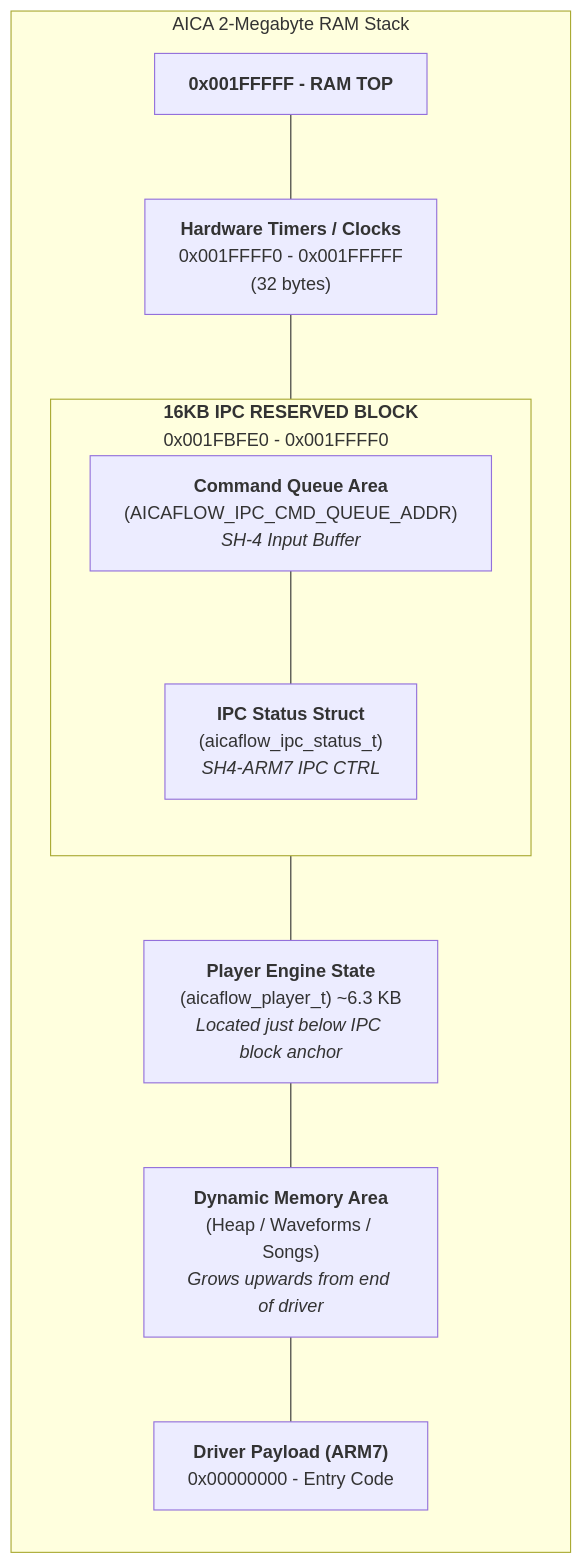
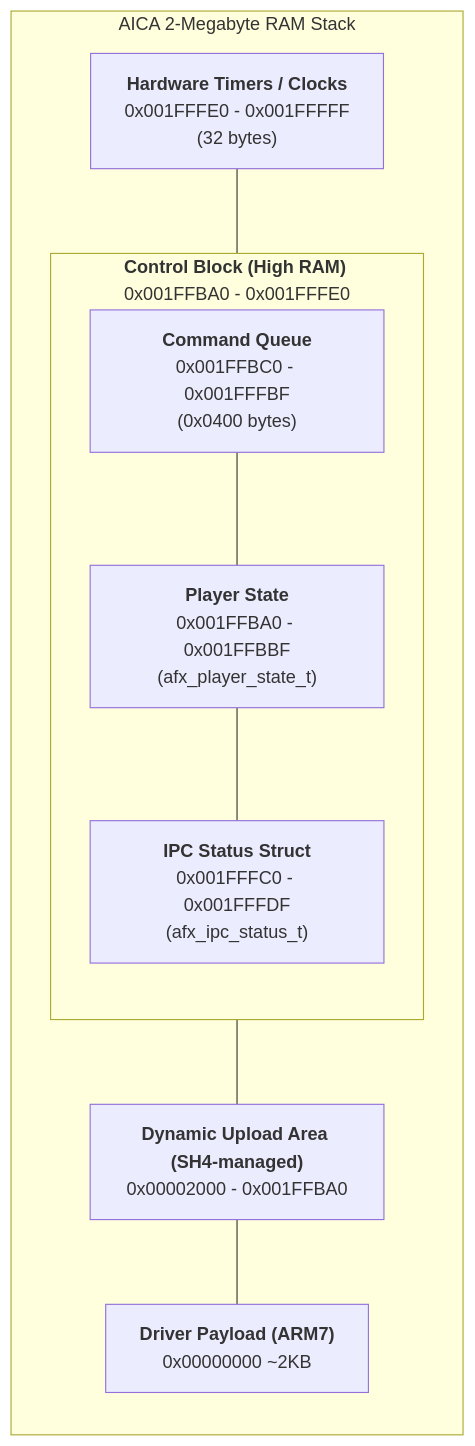
The diagram in README.md (dfchil/aicaflow), drawn with Mermaid before and after one commit. The commit also changed other lines of this file and 8 other files, not shown here.

First line of the commit message:
AICA v2: add family patch workflow + IPC path, and standardize flow-command naming

````diff
--- a/README.md
+++ b/README.md
@@ -113,24 +150,23 @@
 ```mermaid
 graph TD
     subgraph AICA_RAM ["AICA 2-Megabyte RAM Stack"]
         direction TB
 
-        TOP["<b>0x001FFFFF - RAM TOP</b>"] --- CLOCKS
-        CLOCKS["<b>Hardware Timers / Clocks</b><br/>0x001FFFF0 - 0x001FFFFF<br/>(32 bytes)"]
+        CLOCKS["<b>Hardware Timers / Clocks</b><br/>0x001FFFE0 - 0x001FFFFF<br/>(32 bytes)"]
 
-        subgraph IPC_BLOCK ["<b>16KB IPC RESERVED BLOCK</b><br/>0x001FBFE0 - 0x001FFFF0"]
+        subgraph IPC_BLOCK ["<b>Control Block (High RAM)</b><br/>0x001FFBA0 - 0x001FFFE0"]
             direction TB
-            QUEUE["<b>Command Queue Area</b><br/>(AICAFLOW_IPC_CMD_QUEUE_ADDR)<br/><i>SH-4 Input Buffer</i>"]
-            STATUS["<b>IPC Status Struct</b><br/>(aicaflow_ipc_status_t)<br/><i>SH4-ARM7 IPC CTRL</i>"]
-            QUEUE --- STATUS
+            QUEUE["<b>Command Queue</b><br/>0x001FFBC0 - 0x001FFFBF<br/>(0x0400 bytes)"]
+            PLAYER["<b>Player State</b><br/>0x001FFBA0 - 0x001FFBBF<br/>(afx_player_state_t)"]
+            STATUS["<b>IPC Status Struct</b><br/>0x001FFFC0 - 0x001FFFDF<br/>(afx_ipc_status_t)"]
+            QUEUE --- PLAYER
+            PLAYER --- STATUS
         end
 
         CLOCKS --- IPC_BLOCK
-        IPC_BLOCK --- PLAYER
-        PLAYER["<b>Player Engine State</b><br/>(aicaflow_player_t) ~6.3 KB<br/><i>Located just below IPC block anchor</i>"]
-        PLAYER --- DYNAMIC
-        DYNAMIC["<b>Dynamic Memory Area</b><br/>(Heap / Waveforms / Songs)<br/><i>Grows upwards from end of driver</i>"]
+        IPC_BLOCK --- DYNAMIC
+        DYNAMIC["<b>Dynamic Upload Area (SH4-managed)</b><br/>0x00002000 - 0x001FFBA0"]
         DYNAMIC --- DRIVER
-        DRIVER["<b>Driver Payload (ARM7)</b><br/>0x00000000 - Entry Code"]
+        DRIVER["<b>Driver Payload (ARM7)</b><br/>0x00000000 ~2KB"]
     end
 ```
````
